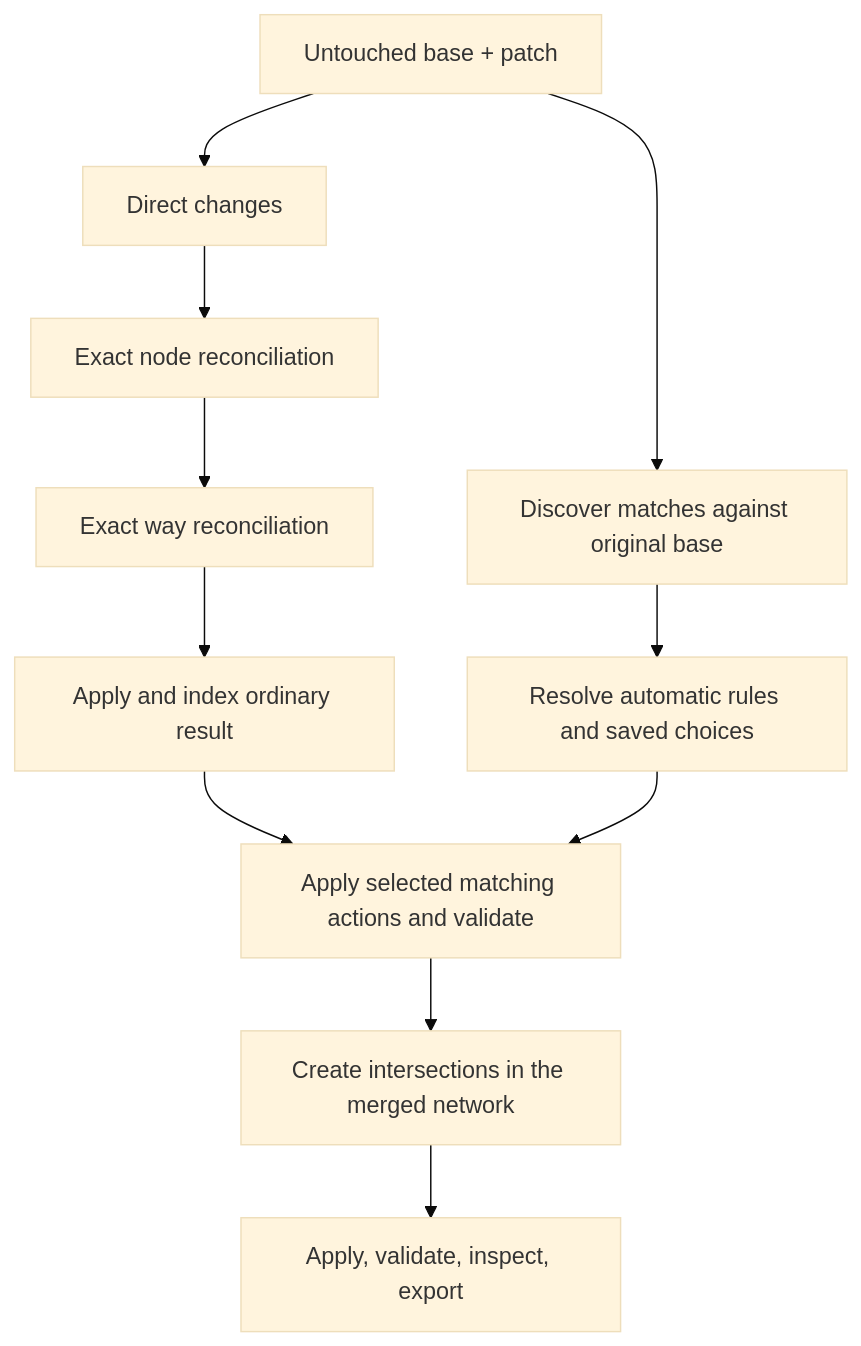
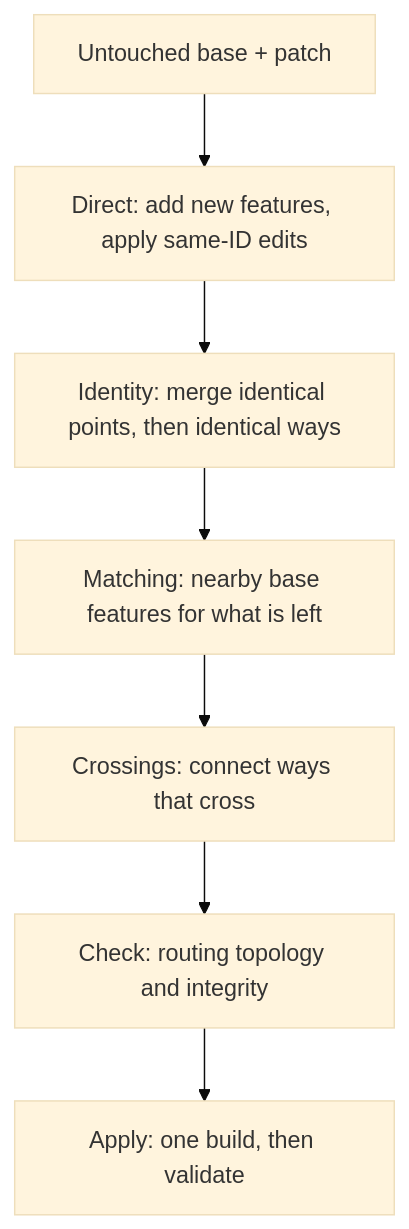
Before and after one commit to conveyal/osmix: the second of 5 diagrams in docs/merge-process.md, drawn with Mermaid (base theme). The commit also changed other lines of this file and 694 other files, not shown here.

First line of the commit message:
Re-design merge app for better flow (#242)

````diff
--- a/docs/merge-process.md
+++ b/docs/merge-process.md
@@ -120,13 +115,9 @@
 ```mermaid
 flowchart TD
-  Inputs["Untouched base + patch"] --> Direct["Direct changes"]
-  Direct --> Nodes["Exact node reconciliation"]
-  Nodes --> Ways["Exact way reconciliation"]
-  Ways --> Ordinary["Apply and index ordinary result"]
-  Inputs --> Discovery["Discover matches against original base"]
-  Discovery --> Choices["Resolve automatic rules and saved choices"]
-  Ordinary --> Matching["Apply selected matching actions and validate"]
-  Choices --> Matching
-  Matching --> Crossings["Create intersections in the merged network"]
-  Crossings --> Final["Apply, validate, inspect, export"]
+  Inputs["Untouched base + patch"] --> Direct["Direct: add new features, apply same-ID edits"]
+  Direct --> Identity["Identity: merge identical points, then identical ways"]
+  Identity --> Matching["Matching: nearby base features for what is left"]
+  Matching --> Crossings["Crossings: connect ways that cross"]
+  Crossings --> Check["Check: routing topology and integrity"]
+  Check --> Apply["Apply: one build, then validate"]
 ```
````
